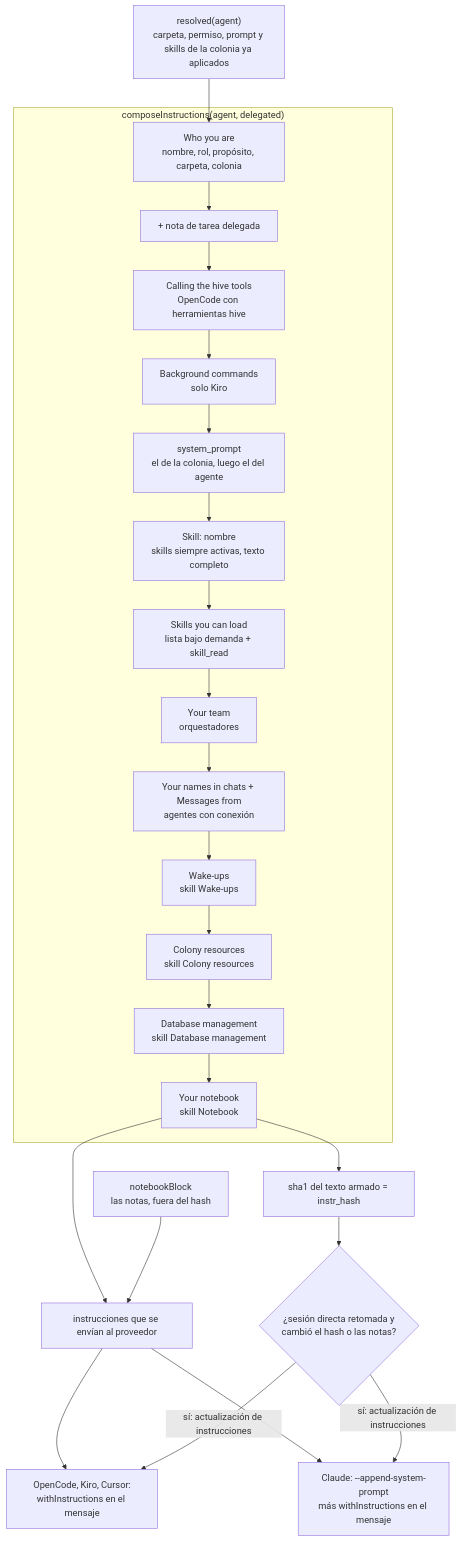
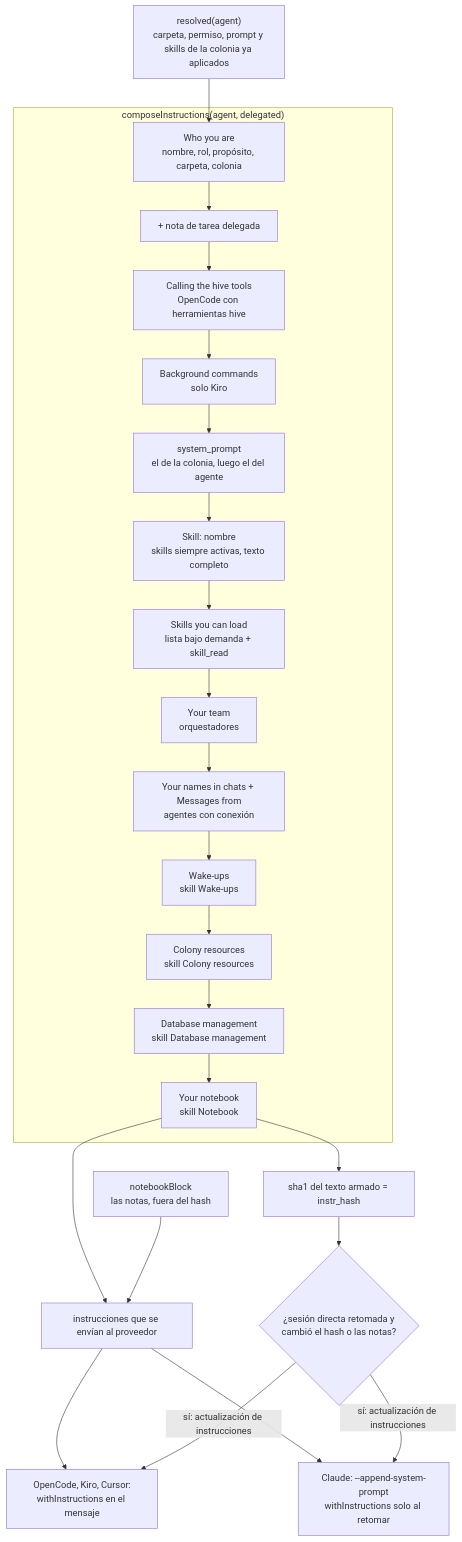
The diagram in docs/diagrams/es/03-effective-prompt.md (hughcbscrt/hive-am), drawn with Mermaid before and after one commit. The commit also changed other lines of this file and 10 other files, not shown here.

First line of the commit message:
fix: send Claude its instructions once in a new session (#73)

````diff
--- a/docs/diagrams/es/03-effective-prompt.md
+++ b/docs/diagrams/es/03-effective-prompt.md
@@ -13,35 +13,35 @@
 ```mermaid
 flowchart TB
   res["resolved(agent)<br/>carpeta, permiso, prompt y skills de la colonia ya aplicados"]
   subgraph compose["composeInstructions(agent, delegated)"]
     id["Who you are<br/>nombre, rol, propósito, carpeta, colonia"]
     del["+ nota de tarea delegada"]
     oc["Calling the hive tools<br/>OpenCode con herramientas hive"]
     kiro["Background commands<br/>solo Kiro"]
     sp["system_prompt<br/>el de la colonia, luego el del agente"]
     always["Skill: nombre<br/>skills siempre activas, texto completo"]
     lazy["Skills you can load<br/>lista bajo demanda + skill_read"]
     team["Your team<br/>orquestadores"]
     chan["Your names in chats + Messages from<br/>agentes con conexión"]
     wake["Wake-ups<br/>skill Wake-ups"]
     objs["Colony resources<br/>skill Colony resources"]
     dbs["Database management<br/>skill Database management"]
     nb["Your notebook<br/>skill Notebook"]
   end
   hash["sha1 del texto armado = instr_hash"]
   notes["notebookBlock<br/>las notas, fuera del hash"]
   full["instrucciones que se envían al proveedor"]
   refresh{"¿sesión directa retomada y<br/>cambió el hash o las notas?"}
-  claude["Claude: --append-system-prompt<br/>más withInstructions en el mensaje"]
+  claude["Claude: --append-system-prompt<br/>withInstructions solo al retomar"]
   others["OpenCode, Kiro, Cursor:<br/>withInstructions en el mensaje"]
 
   res --> id --> del --> oc --> kiro --> sp --> always --> lazy --> team --> chan --> wake --> objs --> dbs --> nb
   nb --> hash
   nb --> full
   notes --> full
   hash --> refresh
   full --> claude
   full --> others
   refresh -->|"sí: actualización de instrucciones"| others
   refresh -->|"sí: actualización de instrucciones"| claude
 ```
````
